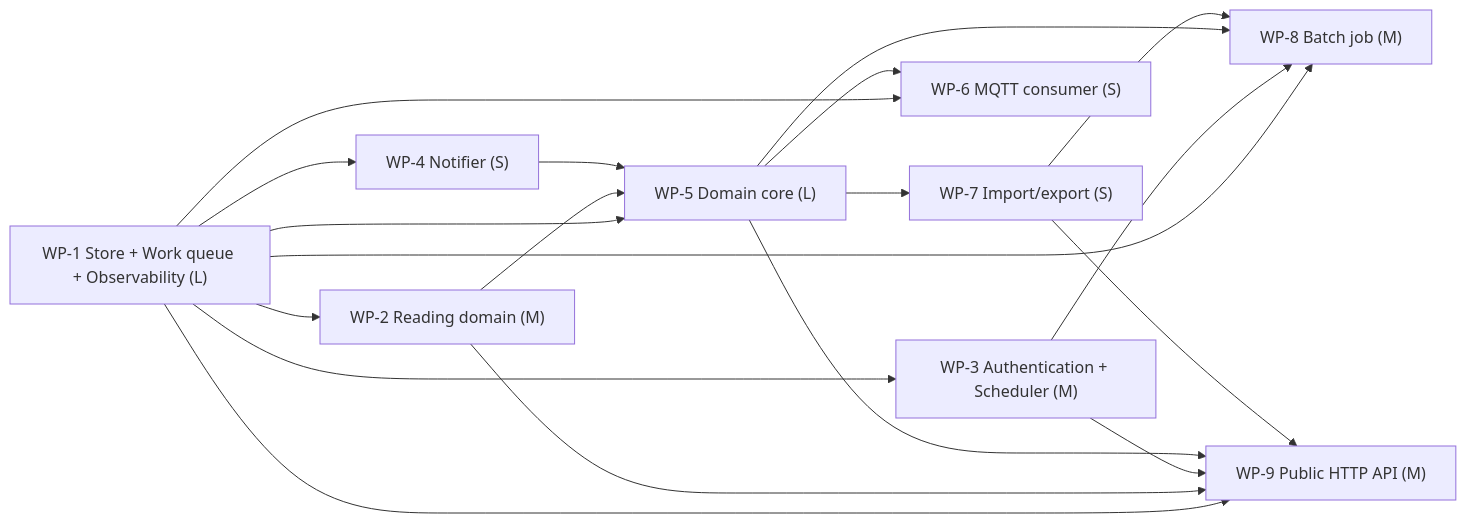
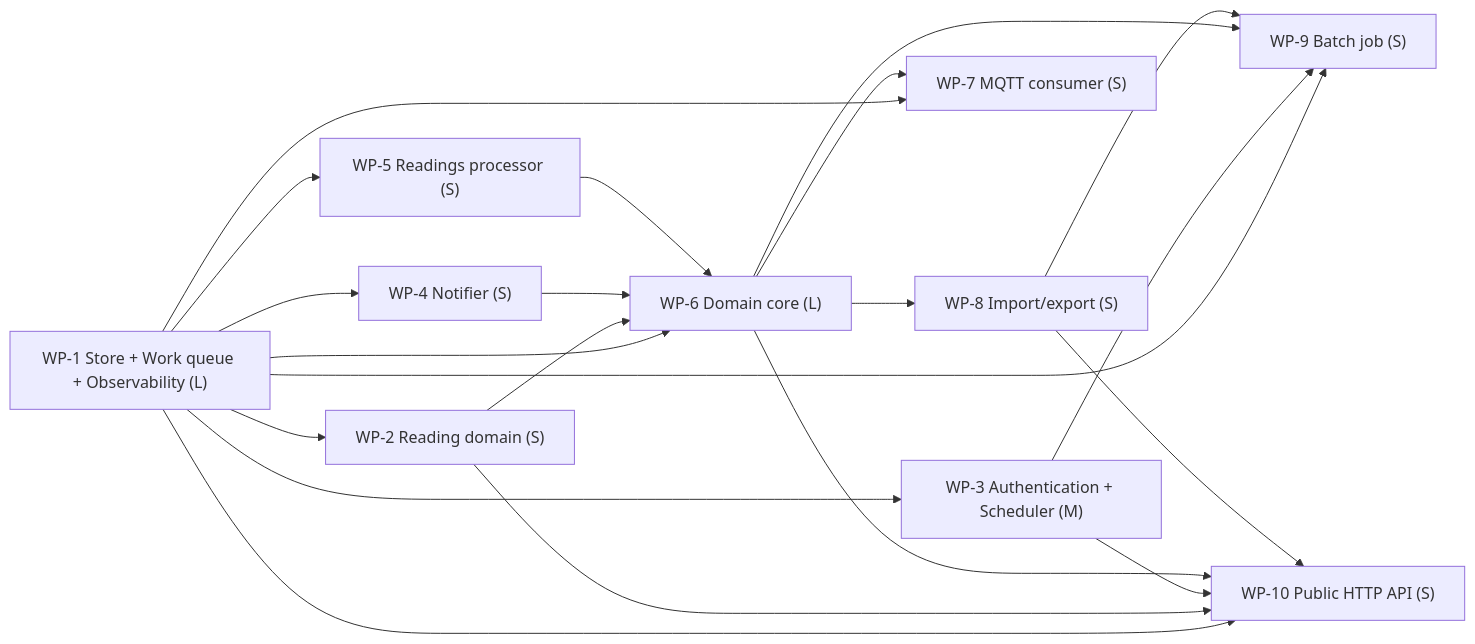
The third of 3 diagrams in examples/eval/telemetry.DESIGN.md (yui9696/sekkei), drawn with Mermaid before and after one commit. The commit also changed other lines of this file and 42 other files, not shown here.

````diff
--- a/examples/eval/telemetry.DESIGN.md
+++ b/examples/eval/telemetry.DESIGN.md
@@ -850,30 +875,33 @@
 ```mermaid
 graph LR
   WP_1["WP-1 Store + Work queue + Observability (L)"]
-  WP_2["WP-2 Reading domain (M)"]
+  WP_2["WP-2 Reading domain (S)"]
   WP_3["WP-3 Authentication + Scheduler (M)"]
   WP_4["WP-4 Notifier (S)"]
-  WP_5["WP-5 Domain core (L)"]
-  WP_6["WP-6 MQTT consumer (S)"]
-  WP_7["WP-7 Import/export (S)"]
-  WP_8["WP-8 Batch job (M)"]
-  WP_9["WP-9 Public HTTP API (M)"]
+  WP_5["WP-5 Readings processor (S)"]
+  WP_6["WP-6 Domain core (L)"]
+  WP_7["WP-7 MQTT consumer (S)"]
+  WP_8["WP-8 Import/export (S)"]
+  WP_9["WP-9 Batch job (S)"]
+  WP_10["WP-10 Public HTTP API (S)"]
   WP_1 --> WP_2
   WP_1 --> WP_3
   WP_1 --> WP_4
   WP_1 --> WP_5
-  WP_2 --> WP_5
-  WP_4 --> WP_5
   WP_1 --> WP_6
+  WP_2 --> WP_6
+  WP_4 --> WP_6
   WP_5 --> WP_6
-  WP_5 --> WP_7
-  WP_1 --> WP_8
-  WP_3 --> WP_8
-  WP_5 --> WP_8
-  WP_7 --> WP_8
+  WP_1 --> WP_7
+  WP_6 --> WP_7
+  WP_6 --> WP_8
   WP_1 --> WP_9
-  WP_2 --> WP_9
   WP_3 --> WP_9
-  WP_5 --> WP_9
-  WP_7 --> WP_9
+  WP_6 --> WP_9
+  WP_8 --> WP_9
+  WP_1 --> WP_10
+  WP_2 --> WP_10
+  WP_3 --> WP_10
+  WP_6 --> WP_10
+  WP_8 --> WP_10
 ```
````
